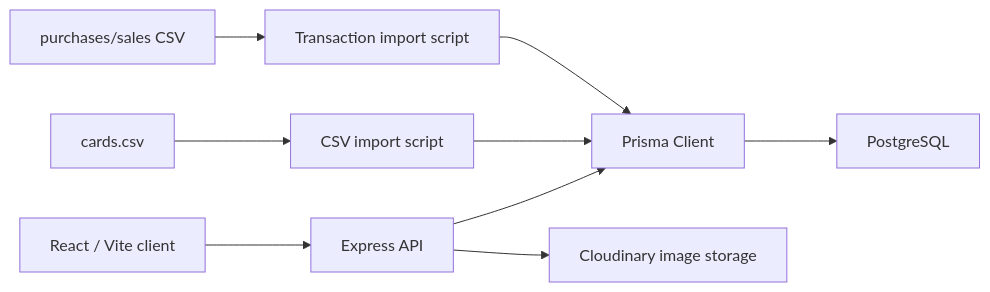
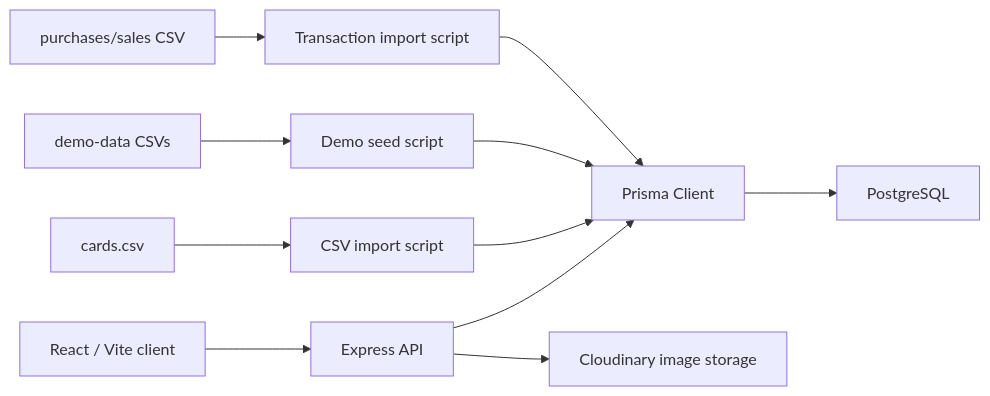
The diagram in README.md (jamesdoom/memorabiliaDB), drawn with Mermaid before and after one commit. The commit also changed other lines of this file and 11 other files, not shown here.

````diff
--- a/README.md
+++ b/README.md
@@ -69,11 +72,13 @@
 ```mermaid
 flowchart LR
   Client["React / Vite client"] --> API["Express API"]
   API --> Prisma["Prisma Client"]
   Prisma --> DB["PostgreSQL"]
   API --> Cloudinary["Cloudinary image storage"]
   CSV["cards.csv"] --> Import["CSV import script"]
   Import --> Prisma
+  DemoCSV["demo-data CSVs"] --> DemoSeed["Demo seed script"]
+  DemoSeed --> Prisma
   LedgerCSV["purchases/sales CSV"] --> LedgerImport["Transaction import script"]
   LedgerImport --> Prisma
 ```
````
